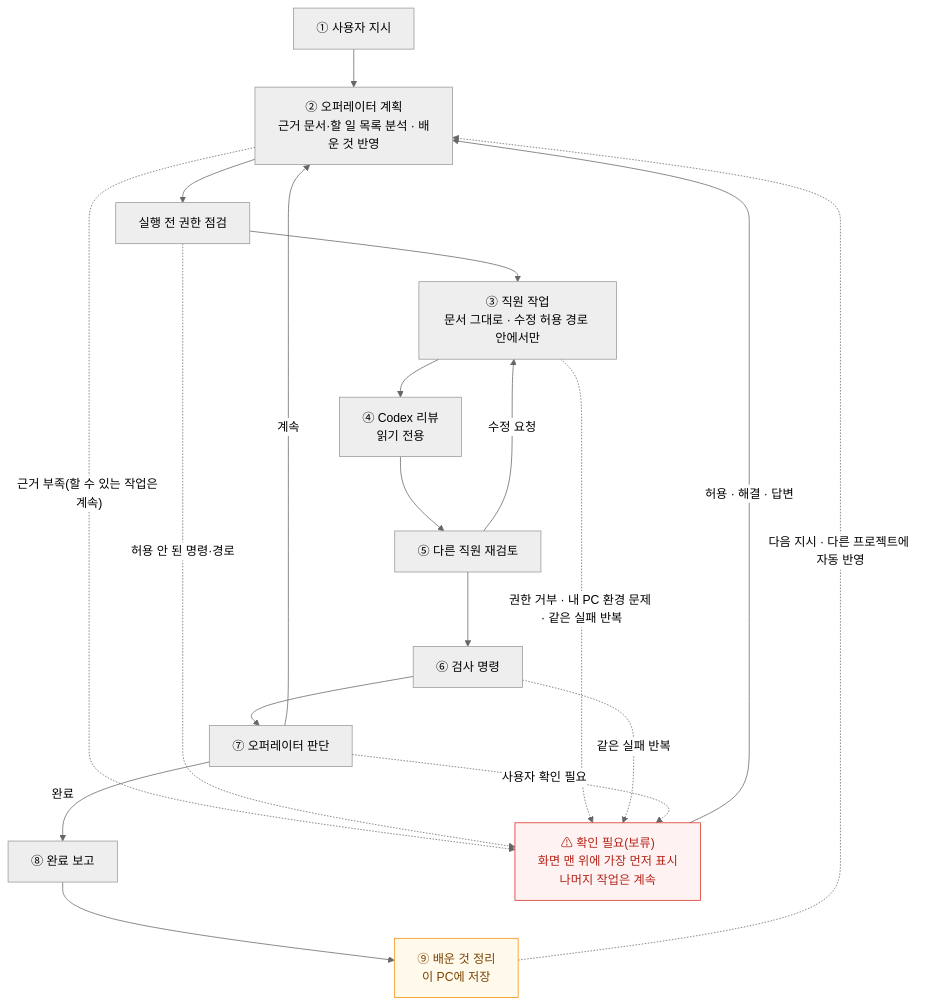
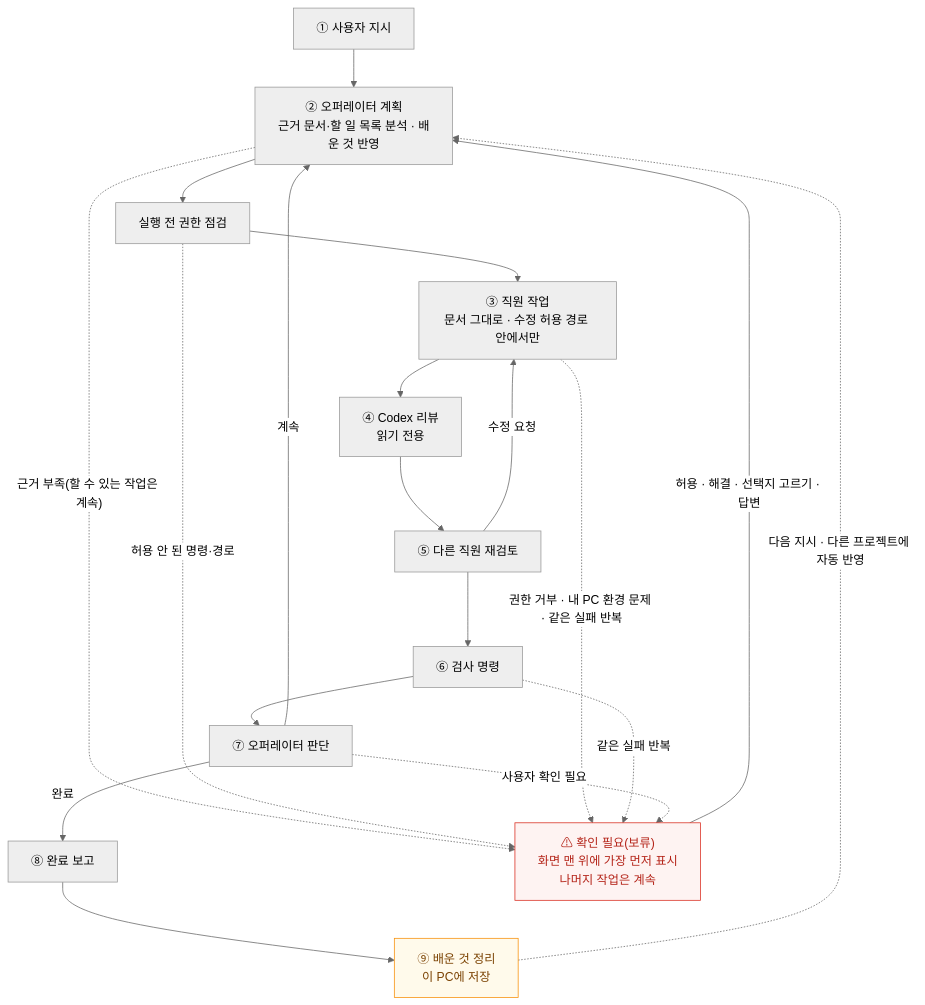
One commit to heum/crewgenai-agent-workspace changed the first of 2 diagrams in README.md. Above: the diagram before and after it, drawn with Mermaid (neutral theme). The commit also changed other lines of this file and 19 other files, not shown here.

````diff
--- a/README.md
+++ b/README.md
@@ -11,25 +11,25 @@
 ```mermaid
 flowchart TD
   A["① 사용자 지시"] --> B["② 오퍼레이터 계획<br/>근거 문서·할 일 목록 분석 · 배운 것 반영"]
   B --> P["실행 전 권한 점검"]
   P --> C["③ 직원 작업<br/>문서 그대로 · 수정 허용 경로 안에서만"]
   C --> D["④ Codex 리뷰<br/>읽기 전용"]
   D --> E["⑤ 다른 직원 재검토"]
   E -- 수정 요청 --> C
   E --> F["⑥ 검사 명령"]
   F --> G["⑦ 오퍼레이터 판단"]
   G -- 계속 --> B
   G -- 완료 --> H["⑧ 완료 보고"]
   B -. "근거 부족(할 수 있는 작업은 계속)" .-> Q
   P -. 허용 안 된 명령·경로 .-> Q
   C -. "권한 거부 · 내 PC 환경 문제 · 같은 실패 반복" .-> Q
   F -. 같은 실패 반복 .-> Q
   G -. 사용자 확인 필요 .-> Q
-  Q["⚠ 확인 필요(보류)<br/>화면 맨 위에 가장 먼저 표시<br/>나머지 작업은 계속"] -- "허용 · 해결 · 답변" --> B
+  Q["⚠ 확인 필요(보류)<br/>화면 맨 위에 가장 먼저 표시<br/>나머지 작업은 계속"] -- "허용 · 해결 · 선택지 고르기 · 답변" --> B
   H --> L["⑨ 배운 것 정리<br/>이 PC에 저장"]
   L -. "다음 지시 · 다른 프로젝트에 자동 반영" .-> B
   classDef stop fill:#fef3f2,stroke:#d92d20,color:#b42318
   classDef learn fill:#fffaeb,stroke:#f79009,color:#7a4100
   class Q stop
   class L learn
 ```
````
